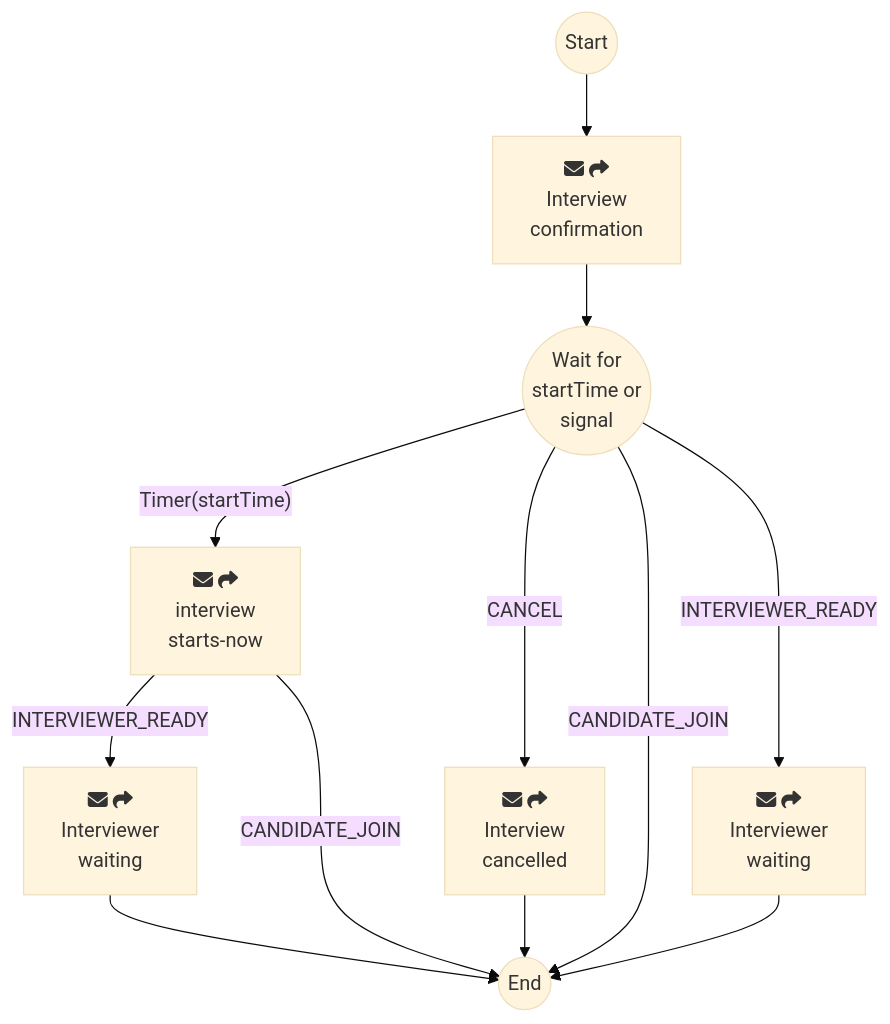
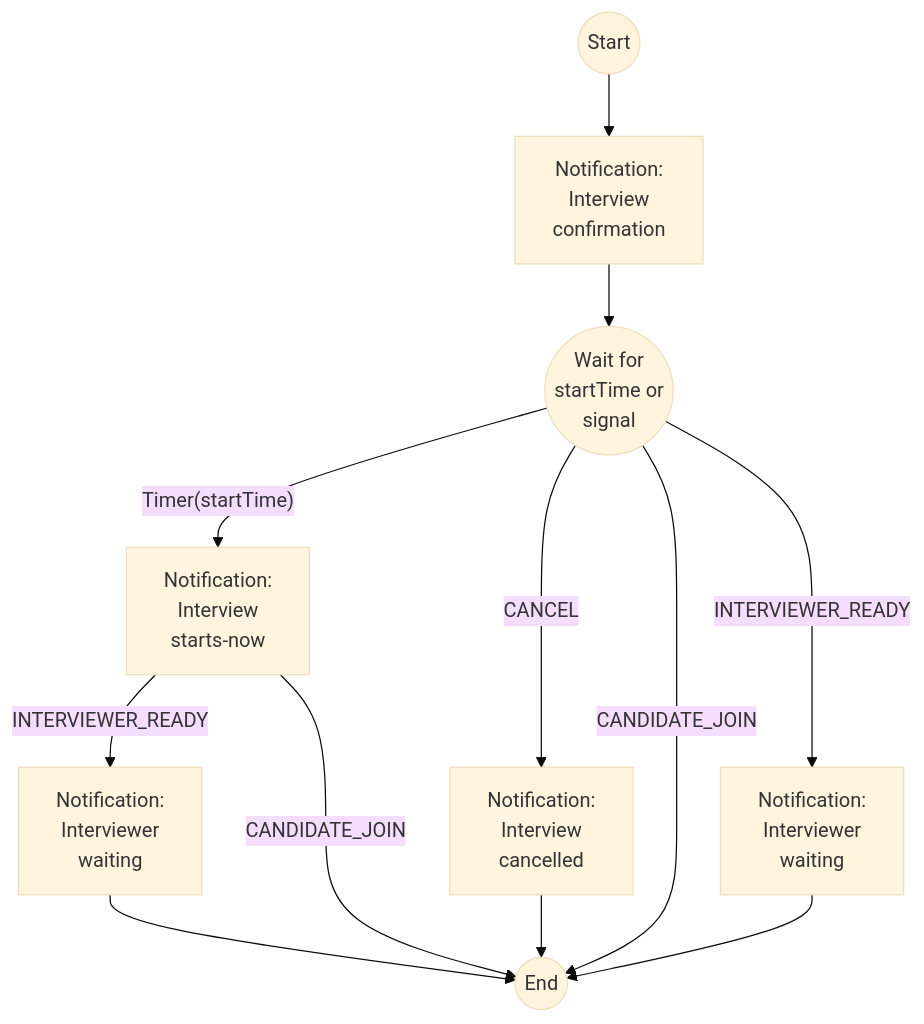
The diagram in README.md (tonysyu/temporal-interview-notifications), drawn with Mermaid (base theme) before and after one commit.

Commit message:
Remove use of fontawesome icons (not supported by Github)

````diff
--- a/README.md
+++ b/README.md
@@ -9,15 +9,15 @@
 ```mermaid
 graph TD
-    A((Start)) --> B[fa:fa-envelope fa:fa-share <br/> Interview <br/> confirmation]
+    A((Start)) --> B[Notification: <br/> Interview <br/> confirmation]
     B --> C((Wait for <br/> startTime or <br/> signal))
-    C -->|"Timer(startTime)"| D[fa:fa-envelope fa:fa-share <br/> interview <br/> starts-now]
+    C -->|"Timer(startTime)"| D[Notification: <br/> Interview <br/> starts-now]
  
-    C -->|CANCEL| E[fa:fa-envelope fa:fa-share <br/> Interview <br/> cancelled]
+    C -->|CANCEL| E[Notification: <br/> Interview <br/> cancelled]
     C -->|CANDIDATE_JOIN| Z((End))
-    C -->|INTERVIEWER_READY| F[fa:fa-envelope fa:fa-share <br/> Interviewer <br/> waiting]
-    D --> |INTERVIEWER_READY| G[fa:fa-envelope fa:fa-share <br/> Interviewer <br/> waiting]
+    C -->|INTERVIEWER_READY| F[Notification: <br/> Interviewer <br/> waiting]
+    D --> |INTERVIEWER_READY| G[Notification: <br/> Interviewer <br/> waiting]
     D --> |CANDIDATE_JOIN| Z
     E --> Z
     F --> Z
     G --> Z
 ```
````
